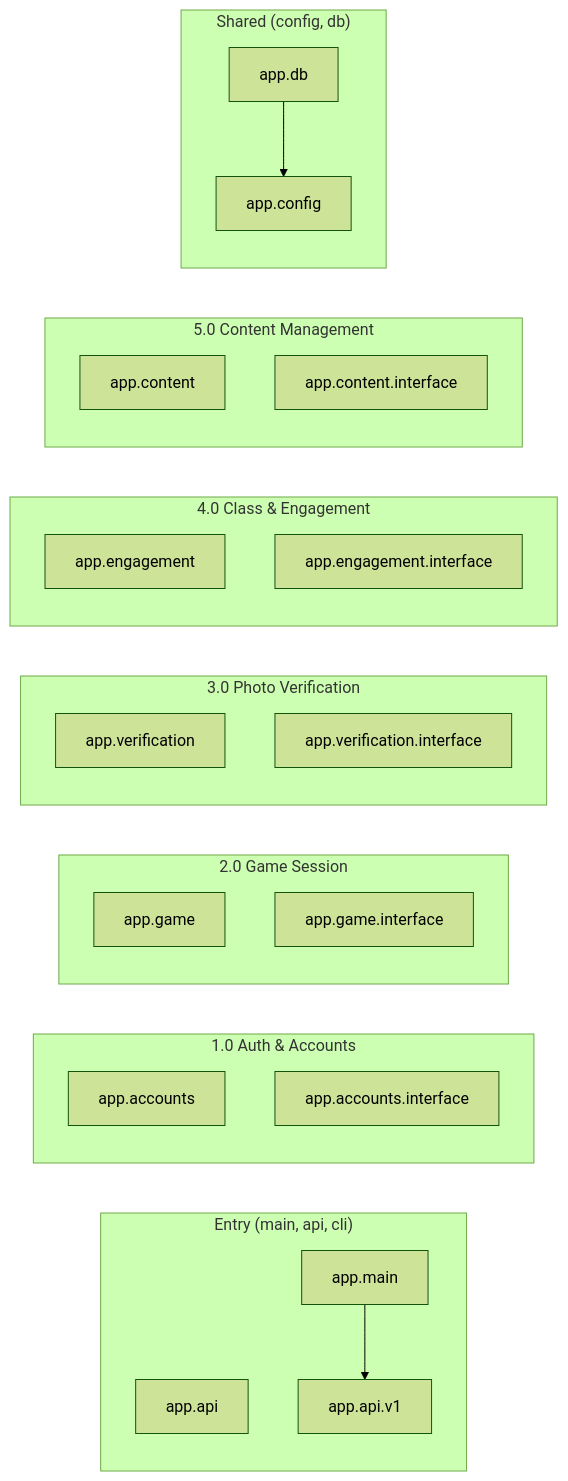
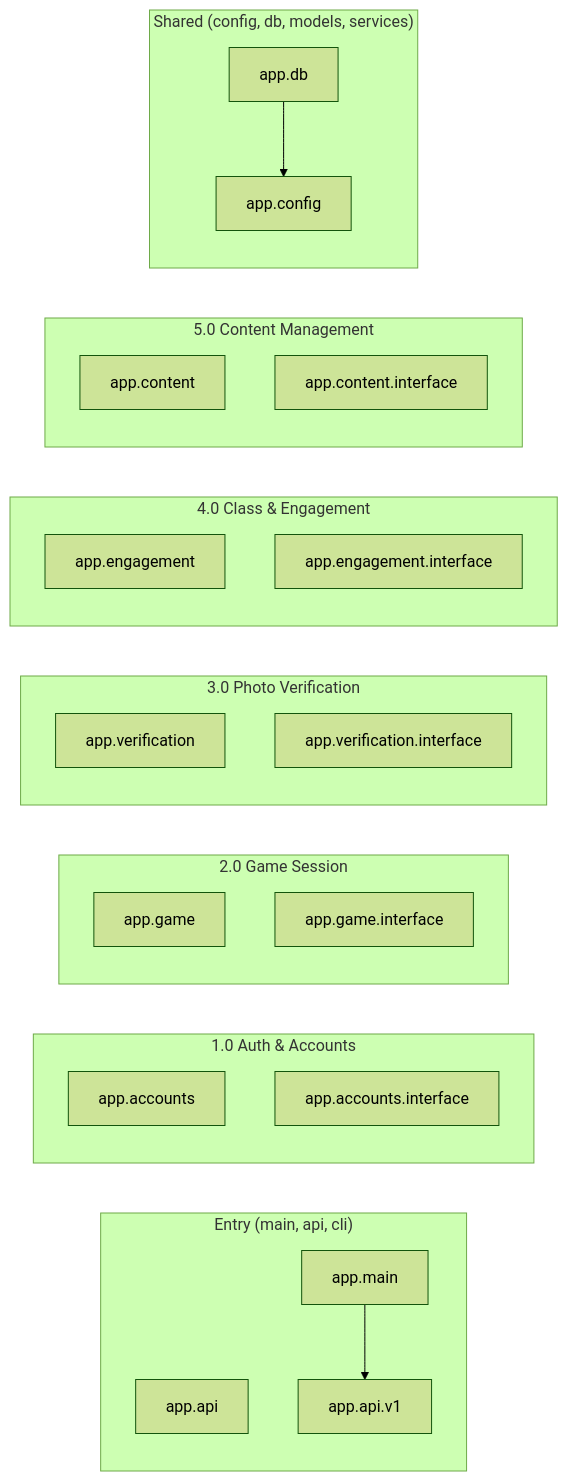
Before and after one commit to COSC-499-W2026/capstone-project-team-12: the diagram in docs/architecture/dependency-graph.md, drawn with Mermaid (forest theme). The commit also changed 3 other files, not shown here.

First line of the commit message:
chore: treat app.models and app.services as shared code

````diff
--- a/docs/architecture/dependency-graph.md
+++ b/docs/architecture/dependency-graph.md
@@ -7,34 +7,34 @@
 ```mermaid
 flowchart LR
   subgraph entry["Entry (main, api, cli)"]
     app_api["app.api"]
     app_api_v1["app.api.v1"]
     app_main["app.main"]
   end
   subgraph accounts["1.0 Auth & Accounts"]
     app_accounts["app.accounts"]
     app_accounts_interface["app.accounts.interface"]
   end
   subgraph game["2.0 Game Session"]
     app_game["app.game"]
     app_game_interface["app.game.interface"]
   end
   subgraph verification["3.0 Photo Verification"]
     app_verification["app.verification"]
     app_verification_interface["app.verification.interface"]
   end
   subgraph engagement["4.0 Class & Engagement"]
     app_engagement["app.engagement"]
     app_engagement_interface["app.engagement.interface"]
   end
   subgraph content["5.0 Content Management"]
     app_content["app.content"]
     app_content_interface["app.content.interface"]
   end
-  subgraph core["Shared (config, db)"]
+  subgraph core["Shared (config, db, models, services)"]
     app_config["app.config"]
     app_db["app.db"]
   end
   app_db --> app_config
   app_main --> app_api_v1
 ```
````
